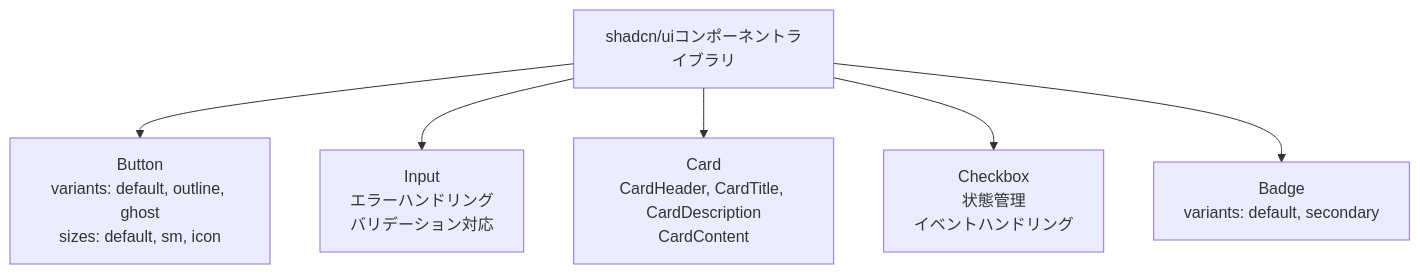
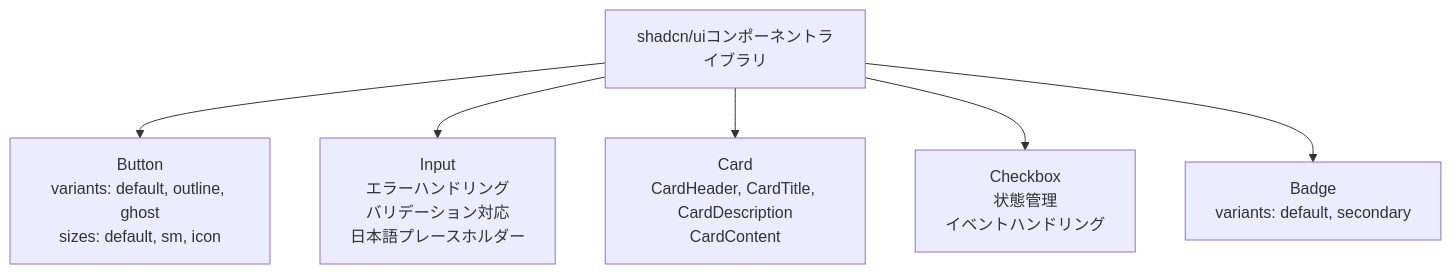
One commit to ss8806/Todos changed diagram 11 of 13 in .qoder/repowiki/ja/content/フロントエンド開発.md. Above: the diagram before and after it, drawn with Mermaid. The commit also changed other lines of this file and 5 other files, not shown here.

````diff
--- a/.qoder/repowiki/ja/content/フロントエンド開発.md
+++ b/.qoder/repowiki/ja/content/フロントエンド開発.md
@@ -431,14 +535,14 @@
 ```mermaid
 graph TB
 SHADCN["shadcn/uiコンポーネントライブラリ"]
 BUTTON["Button<br/>variants: default, outline, ghost<br/>sizes: default, sm, icon"]
-INPUT["Input<br/>エラーハンドリング<br/>バリデーション対応"]
+INPUT["Input<br/>エラーハンドリング<br/>バリデーション対応<br/>日本語プレースホルダー"]
 CARD["Card<br/>CardHeader, CardTitle, CardDescription<br/>CardContent"]
 CHECKBOX["Checkbox<br/>状態管理<br/>イベントハンドリング"]
 BADGE["Badge<br/>variants: default, secondary"]
 SHADCN --> BUTTON
 SHADCN --> INPUT
 SHADCN --> CARD
 SHADCN --> CHECKBOX
 SHADCN --> BADGE
 ```
````
